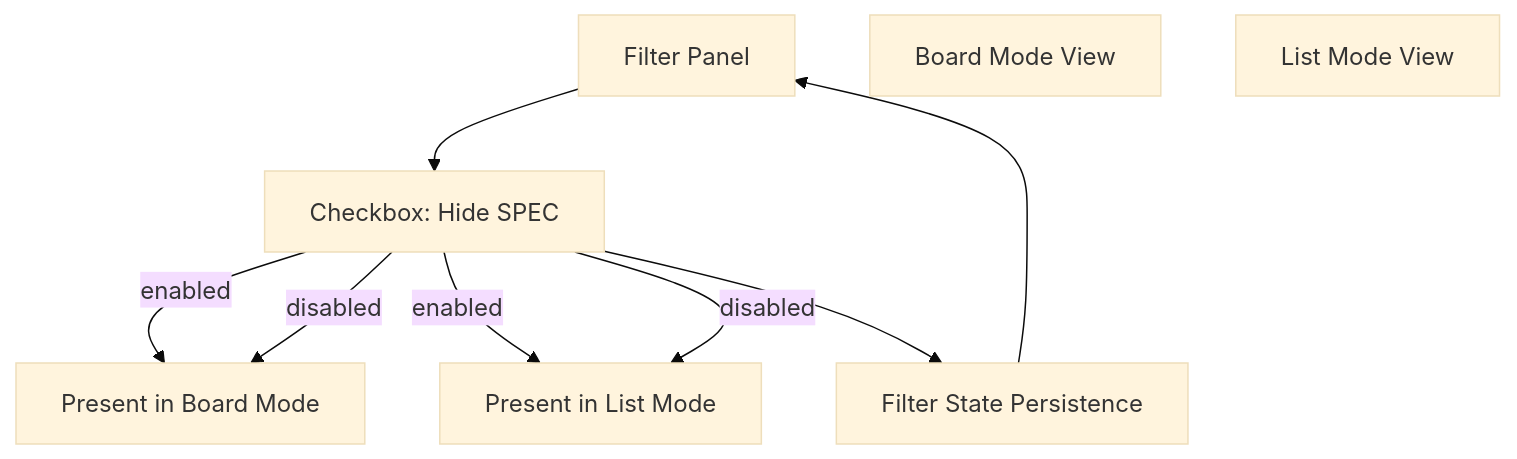
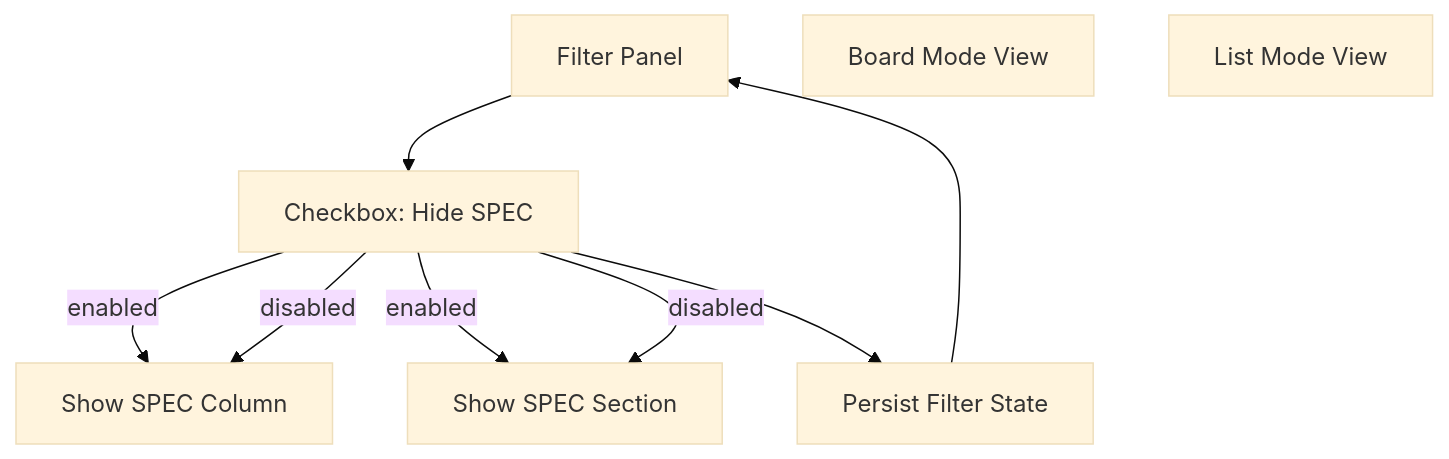
The diagram in logics/request/req_017_filter_option_hide_spec_stage_by_default.md (AlexAgo83/logics-manager), drawn with Mermaid (base theme) before and after one commit. The commit also changed 50 other files, not shown here.

````diff
--- a/logics/request/req_017_filter_option_hide_spec_stage_by_default.md
+++ b/logics/request/req_017_filter_option_hide_spec_stage_by_default.md
@@ -10,19 +10,19 @@
 ```mermaid
 %% logics-kind: request
 %% logics-signature: request|add-filter-option-to-hide-spec-stage-by-|add-a-filter-option-to-completely|ac1-filter-panel-includes-a-new
 flowchart TD
   FilterPanel[Filter Panel]
   HideSPEC[Checkbox: Hide SPEC]
   BoardMode[Board Mode View]
   ListMode[List Mode View]
   SpecColumn[Show SPEC Column]
   SpecSection[Show SPEC Section]
-  Persistence[Filter State Persistence]
+  PersistState[Persist Filter State]
   FilterPanel --> HideSPEC
-  HideSPEC -- enabled --> SpecColumn[Absent in Board Mode]
-  HideSPEC -- enabled --> SpecSection[Absent in List Mode]
-  HideSPEC -- disabled --> SpecColumn[Present in Board Mode]
-  HideSPEC -- disabled --> SpecSection[Present in List Mode]
-  HideSPEC --> Persistence
-  Persistence --> FilterPanel
+  HideSPEC -- enabled --> SpecColumn[Hide SPEC Column in Board Mode]
+  HideSPEC -- enabled --> SpecSection[Hide SPEC Section in List Mode]
+  HideSPEC -- disabled --> SpecColumn[Show SPEC Column]
+  HideSPEC -- disabled --> SpecSection[Show SPEC Section]
+  HideSPEC --> PersistState
+  PersistState --> FilterPanel
 ```
````
